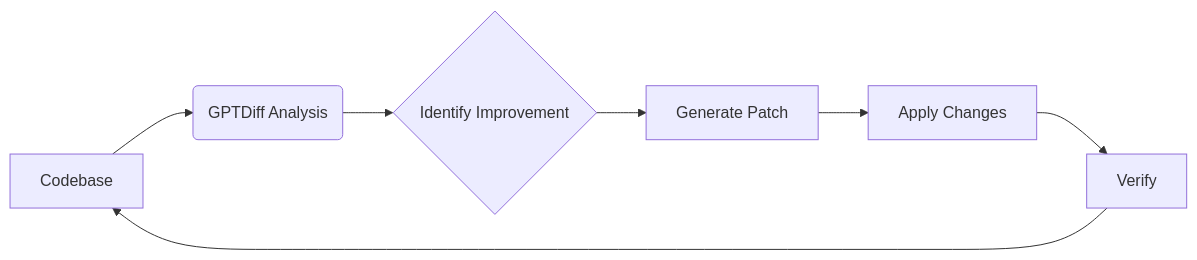
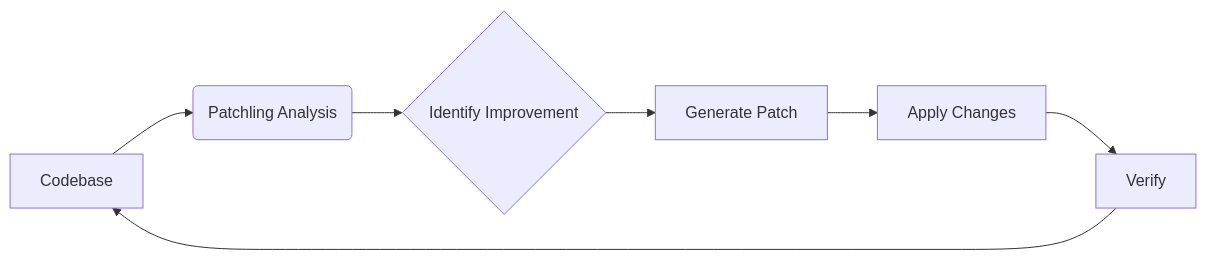
One commit to 255BITS/patchling-py changed the diagram in docs/examples/automation.md. Above: the diagram before and after it, drawn with Mermaid. The commit also changed other lines of this file and 34 other files, not shown here.

First line of the commit message:
Rename package gptdiff -> patchling

````diff
--- a/docs/examples/automation.md
+++ b/docs/examples/automation.md
@@ -68,9 +68,9 @@
 ```mermaid
 graph LR
-    A[Codebase] --> B(GPTDiff Analysis)
+    A[Codebase] --> B(Patchling Analysis)
     B --> C{Identify Improvement}
     C --> D[Generate Patch]
     D --> E[Apply Changes]
     E --> F[Verify]
     F --> A
 ```
````
